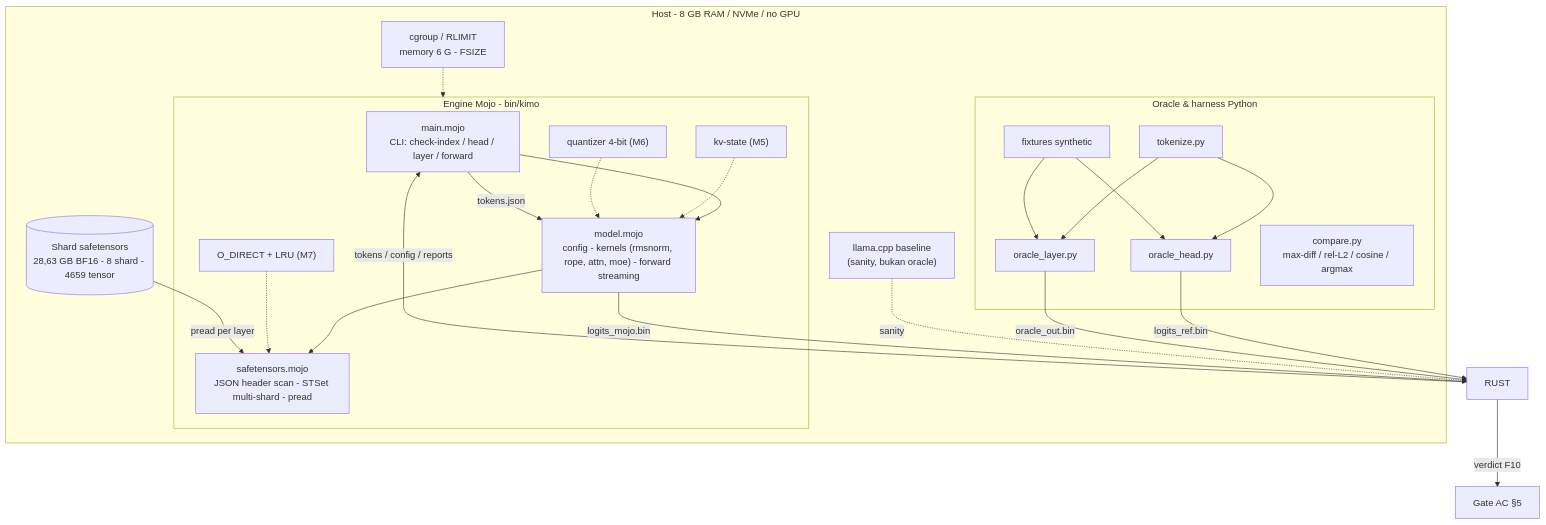
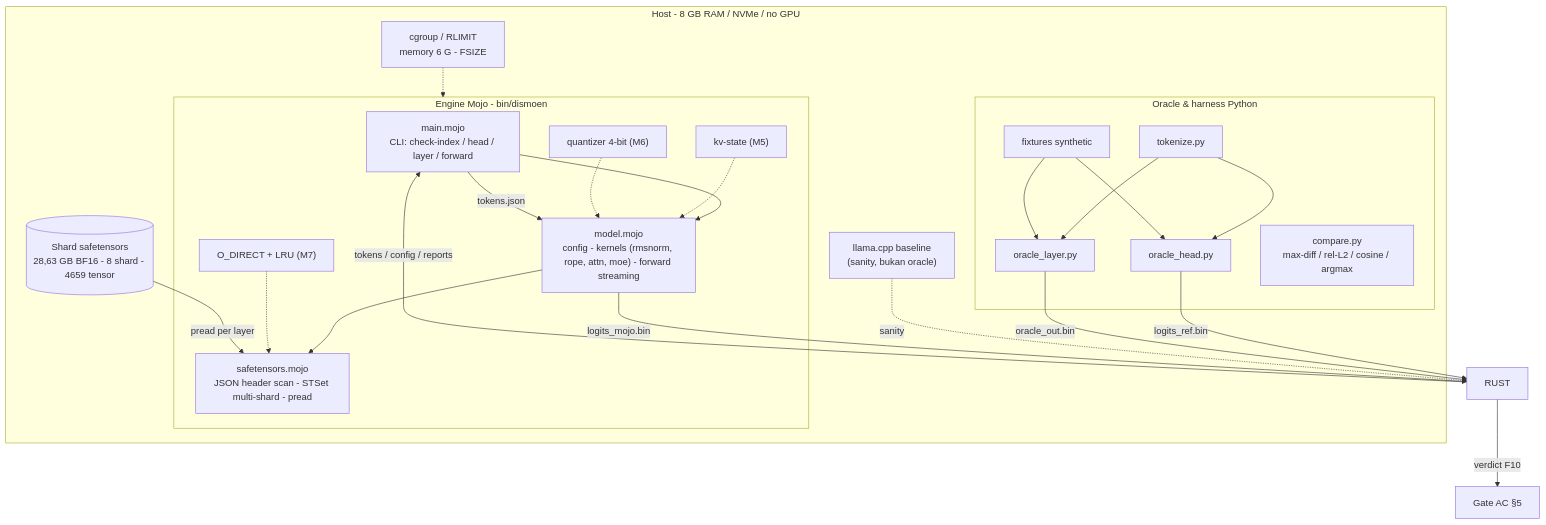
Before and after one commit to will2469/disk-streaming-moe-engine: the diagram in docs/01-architecture.md, drawn with Mermaid. The commit also changed 74 other files, not shown here.

````diff
--- a/docs/01-architecture.md
+++ b/docs/01-architecture.md
@@ -7,41 +7,41 @@
 ```mermaid
 flowchart TB
     subgraph HOST["Host - 8 GB RAM / NVMe / no GPU"]
-        subgraph ENG["Engine Mojo - bin/kimo"]
+        subgraph ENG["Engine Mojo - bin/dismoen"]
             CLI["main.mojo\nCLI: check-index / head / layer / forward"]
             KER["model.mojo\nconfig - kernels (rmsnorm, rope, attn, moe) - forward streaming"]
             ST["safetensors.mojo\nJSON header scan - STSet multi-shard - pread"]
             KV["kv-state (M5)"]
             QZ["quantizer 4-bit (M6)"]
             IOD["O_DIRECT + LRU (M7)"]
             CLI --> KER
             KER --> ST
             KV -.-> KER
             QZ -.-> KER
             IOD -.-> ST
         end
         subgraph TOOLS["Oracle & harness Python"]
             TOK["tokenize.py"]
             OH["oracle_head.py"]
             OL["oracle_layer.py"]
             CMP["compare.py\nmax-diff / rel-L2 / cosine / argmax"]
             FX["fixtures synthetic"]
         end
         DISK[("Shard safetensors\n28,63 GB BF16 - 8 shard - 4659 tensor")]
         BASE["llama.cpp baseline\n(sanity, bukan oracle)"]
         CG["cgroup / RLIMIT\nmemory 6 G - FSIZE"]
     end
     DISK -->|"pread per layer"| ST
     TOK --> OH
     TOK --> OL
     FX --> OH
     FX --> OL
     OH -->|"logits_ref.bin"| RUST
     OL -->|"oracle_out.bin"| RUST
     RUST -->|"tokens / config / reports"| CLI
     CLI -->|"tokens.json"| KER
     KER -->|"logits_mojo.bin"| RUST
     RUST -->|"verdict F10"| GATE["Gate AC §5"]
     BASE -.->|sanity| RUST
     CG -.-> ENG
 ```
````
